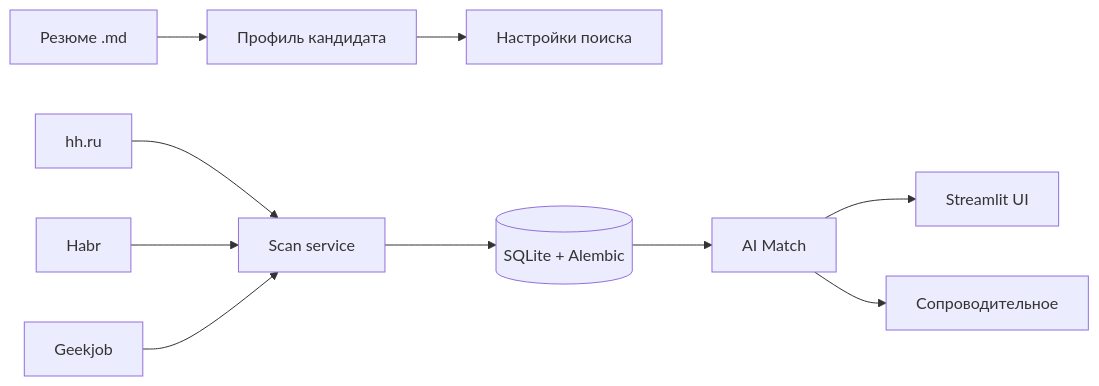
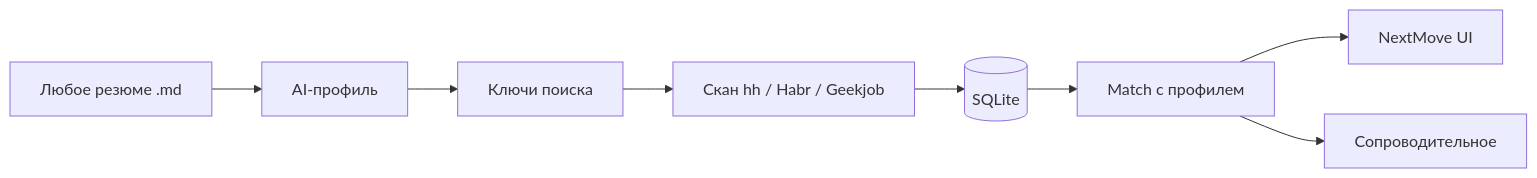
Before and after one commit to addito-5G/job-scout: the diagram in README_ru.md, drawn with Mermaid. The commit also changed other lines of this file and 6 other files, not shown here.

First line of the commit message:
Clarify role-agnostic flow, document free AI fallback, and fix PM defaults.

````diff
--- a/README_ru.md
+++ b/README_ru.md
@@ -62,12 +70,10 @@
 ```mermaid
 flowchart LR
-    R[Резюме .md] --> P[Профиль кандидата]
-    P --> S[Настройки поиска]
-    HH[hh.ru] --> SC[Scan service]
-    HB[Habr] --> SC
-    GJ[Geekjob] --> SC
-    SC --> DB[(SQLite + Alembic)]
-    DB --> M[AI Match]
-    M --> UI[Streamlit UI]
+    R[Любое резюме .md] --> P[AI-профиль]
+    P --> K[Ключи поиска]
+    K --> SC[Скан hh / Habr / Geekjob]
+    SC --> DB[(SQLite)]
+    DB --> M[Match с профилем]
+    M --> UI[NextMove UI]
     M --> CL[Сопроводительное]
 ```
````
